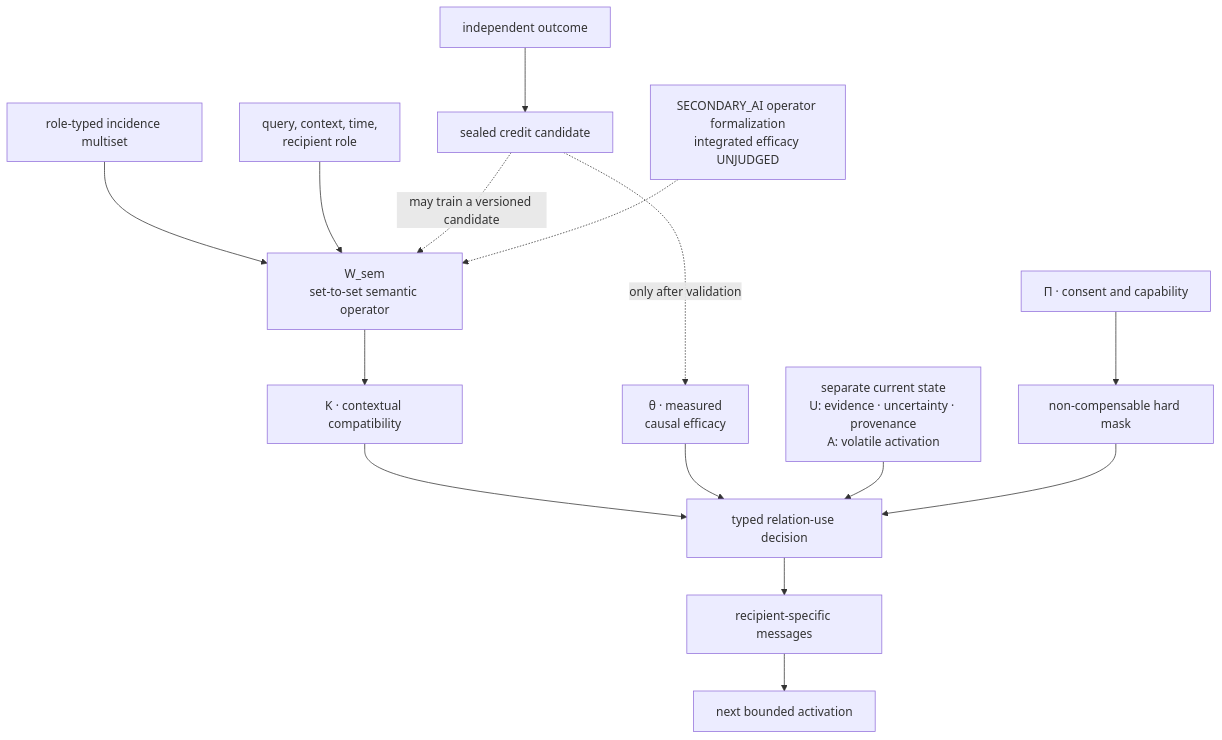
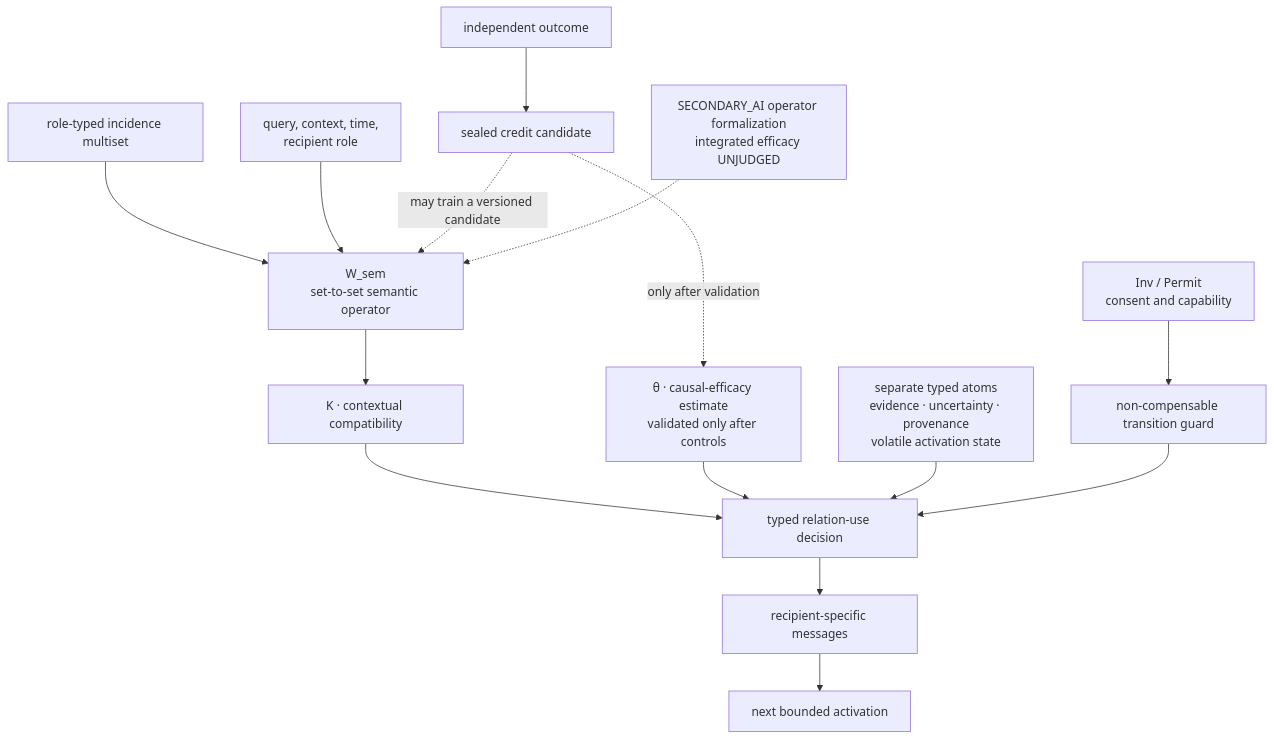
The second of 8 diagrams in README.md (gj3447/HSWM), drawn with Mermaid before and after one commit. The commit also changed other lines of this file and 18 other files, not shown here.

Commit message:
docs: adopt schema-relative atom ownership

````diff
--- a/README.md
+++ b/README.md
@@ -141,20 +151,20 @@
 ```mermaid
 flowchart TB
   INC["role-typed incidence multiset"] --> WSEM["W_sem<br/>set-to-set semantic operator"]
   CTX["query, context, time,<br/>recipient role"] --> WSEM
   WSEM --> K["K · contextual compatibility"]
 
   K --> USE["typed relation-use decision"]
-  THETA["θ · measured<br/>causal efficacy"] --> USE
-  STATE0["separate current state<br/>U: evidence · uncertainty · provenance<br/>A: volatile activation"] --> USE
-  PI0["Π · consent and capability"] --> MASK["non-compensable hard mask"]
+  THETA["θ · causal-efficacy estimate<br/>validated only after controls"] --> USE
+  STATE0["separate typed atoms<br/>evidence · uncertainty · provenance<br/>volatile activation state"] --> USE
+  PI0["Inv / Permit<br/>consent and capability"] --> MASK["non-compensable transition guard"]
   MASK --> USE
 
   USE --> MSG["recipient-specific messages"]
   MSG --> NEXTA["next bounded activation"]
 
   OUT0["independent outcome"] --> CREDIT0["sealed credit candidate"]
   CREDIT0 -.->|"only after validation"| THETA
   CREDIT0 -.->|"may train a versioned candidate"| WSEM
   STATUSW["SECONDARY_AI operator formalization<br/>integrated efficacy UNJUDGED"] -.-> WSEM
 ```
````
